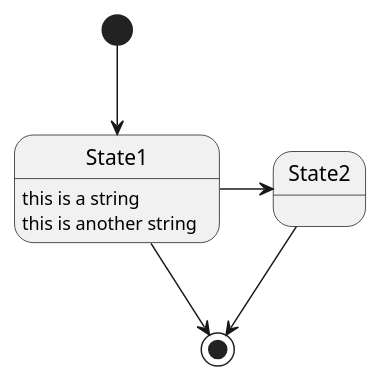
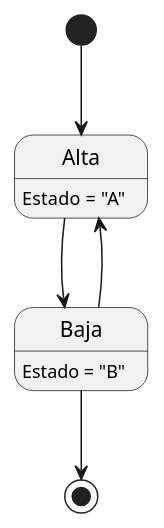
One commit to ZMGestion/DocumentacionZMGestion changed the first of 6 diagrams in DiagramasEstado/DiagramaDeEstado.puml. Above: the diagram before and after it, drawn with PlantUML. The commit also changed other lines of this file, not shown here.

Commit message:
Cambios en diagrama de estado

```diff
--- a/DiagramasEstado/DiagramaDeEstado.puml
+++ b/DiagramasEstado/DiagramaDeEstado.puml
@@ -1,11 +1,10 @@
 @startuml empleados
+Alta: Estado = "A"
+Baja: Estado = "B"
 
-[*] --> State1
-State1 --> [*]
-State1 : this is a string
-State1 : this is another string
-
-State1 -> State2
-State2 --> [*]
+[*] --> Alta
+Baja --> [*]
+Alta --> Baja
+Baja --> Alta
 
 @enduml
```
